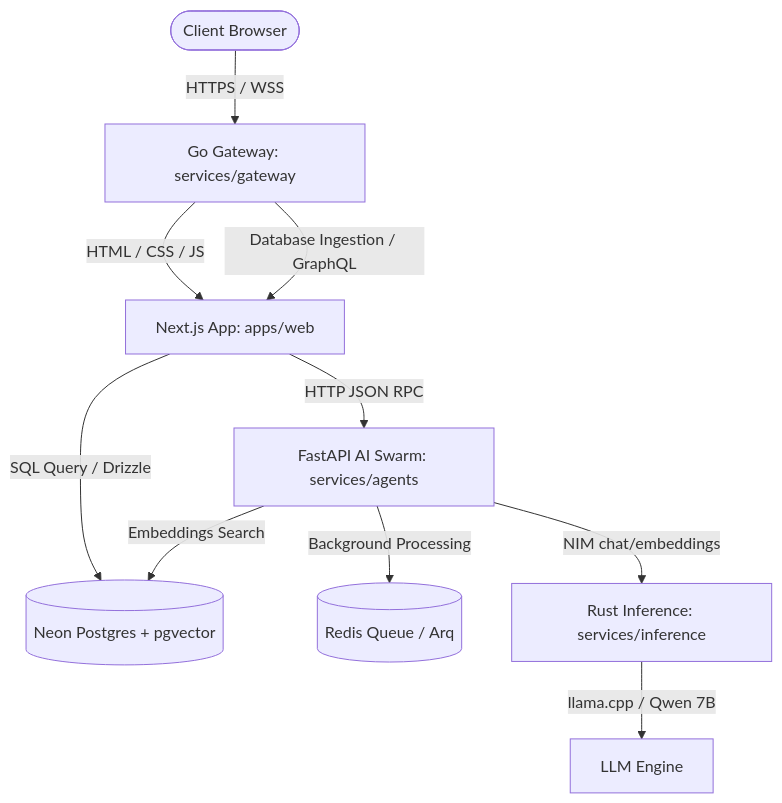
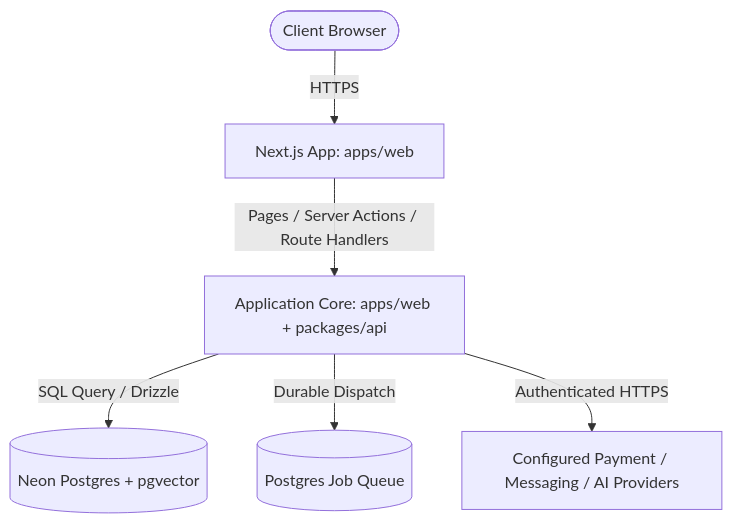
One commit to singhaditya21/school-sis changed the first of 2 diagrams in docs/specs/architecture_detailed.md. Above: the diagram before and after it, drawn with Mermaid. The commit also changed other lines of this file and 131 other files, not shown here.

````diff
--- a/docs/specs/architecture_detailed.md
+++ b/docs/specs/architecture_detailed.md
@@ -11,12 +11,8 @@
 ```mermaid
 graph TD
-    UserClient([Client Browser]) -->|HTTPS / WSS| Gateway[Go Gateway: services/gateway]
-    Gateway -->|HTML / CSS / JS| Web[Next.js App: apps/web]
-    Gateway -->|Database Ingestion / GraphQL| Web
-    Web -->|SQL Query / Drizzle| Postgres[(Neon Postgres + pgvector)]
-    Web -->|HTTP JSON RPC| Agents[FastAPI AI Swarm: services/agents]
-    Agents -->|Background Processing| RedisQueue[(Redis Queue / Arq)]
-    Agents -->|Embeddings Search| Postgres
-    Agents -->|NIM chat/embeddings| Inference[Rust Inference: services/inference]
-    Inference -->|llama.cpp / Qwen 7B| LLM[LLM Engine]
+    UserClient([Client Browser]) -->|HTTPS| Web[Next.js App: apps/web]
+    Web -->|Pages / Server Actions / Route Handlers| Core[Application Core: apps/web + packages/api]
+    Core -->|SQL Query / Drizzle| Postgres[(Neon Postgres + pgvector)]
+    Core -->|Durable Dispatch| JobQueue[(Postgres Job Queue)]
+    Core -->|Authenticated HTTPS| Providers[Configured Payment / Messaging / AI Providers]
 ```
````
